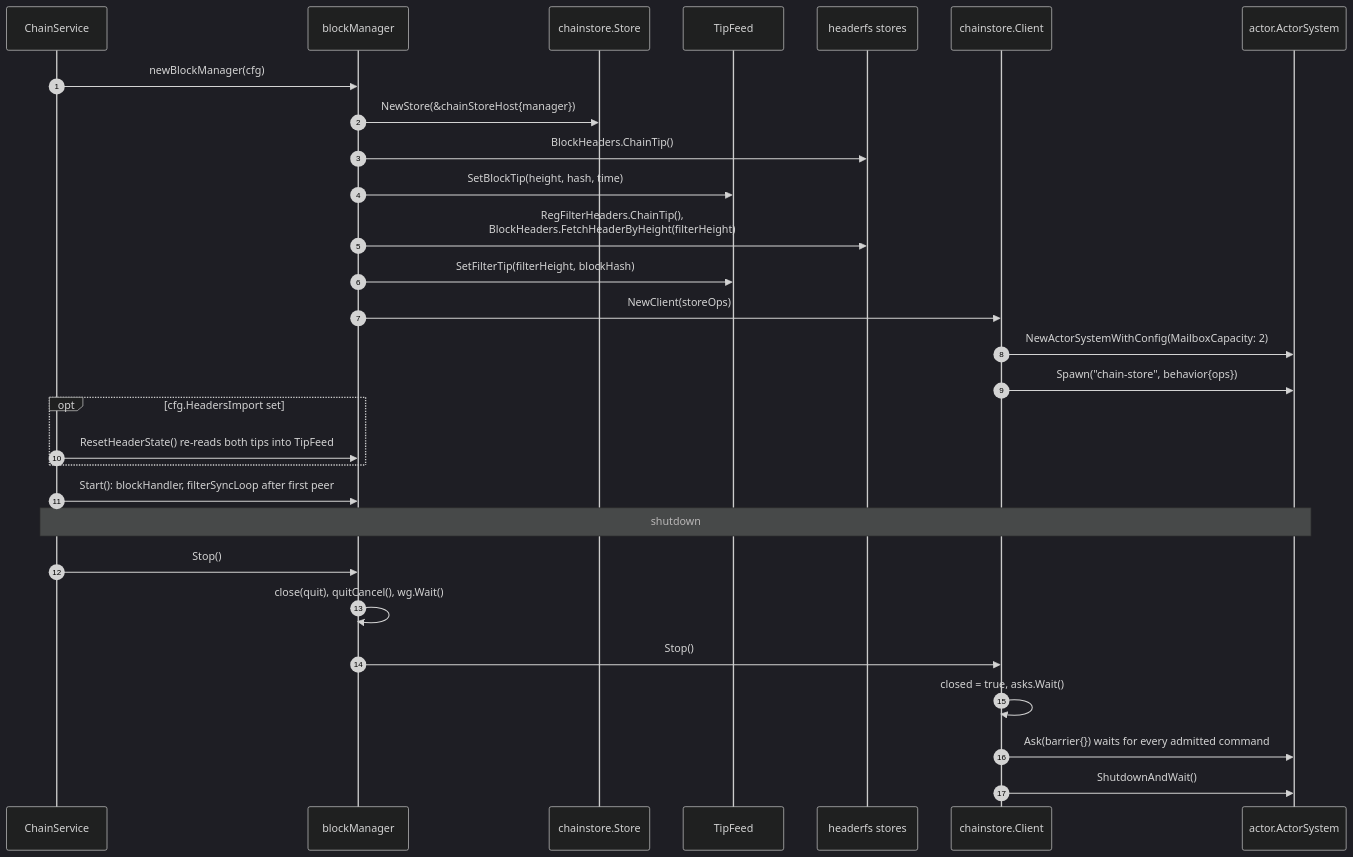
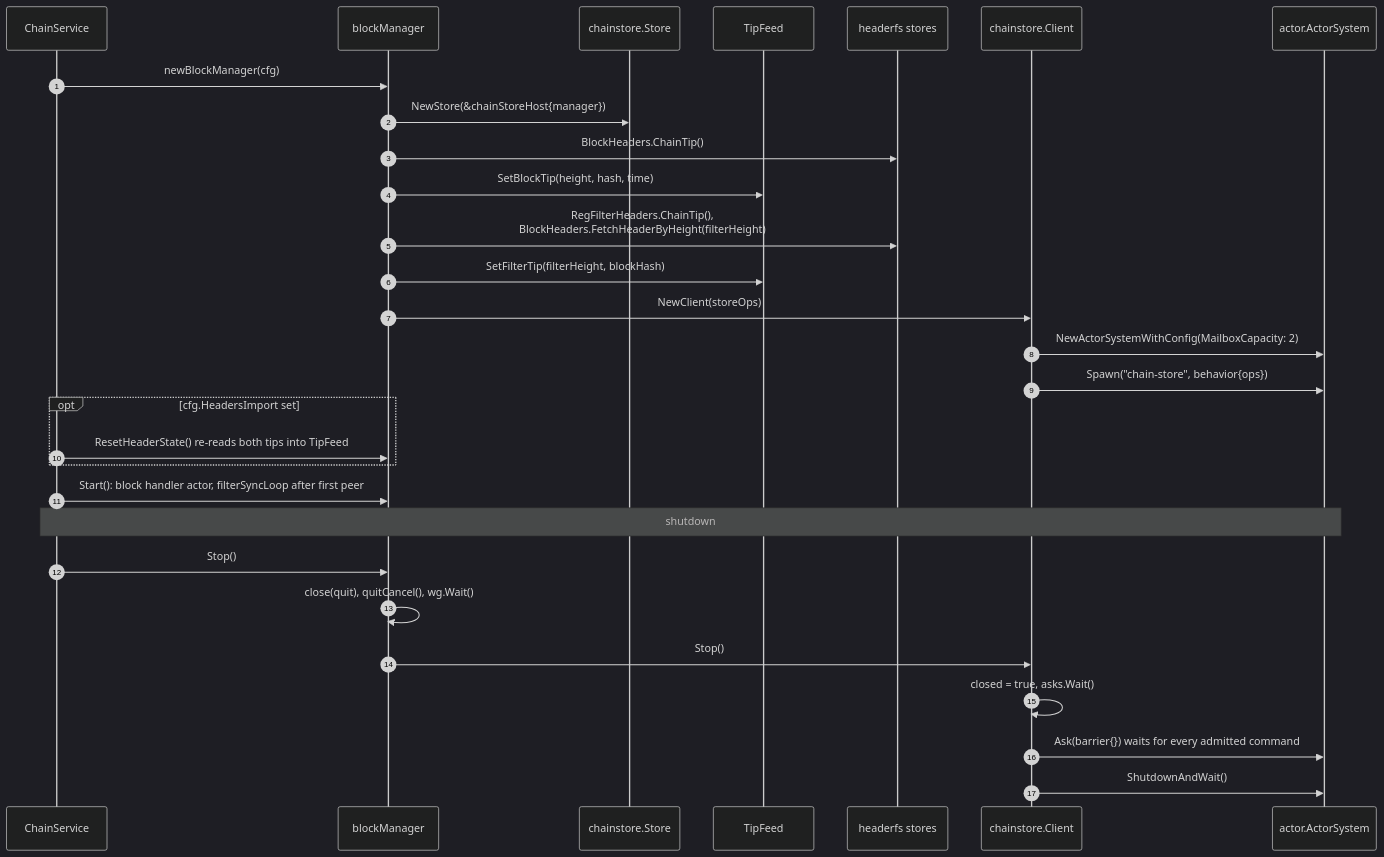
Before and after one commit to lightninglabs/neutrino: the second of 6 diagrams in docs/chainstore-architecture.md, drawn with Mermaid (dark theme). The commit also changed other lines of this file and 16 other files, not shown here.

````diff
--- a/docs/chainstore-architecture.md
+++ b/docs/chainstore-architecture.md
@@ -129,32 +128,32 @@
 ```mermaid
 sequenceDiagram
     autonumber
     participant CS as ChainService
     participant BM as blockManager
     participant St as chainstore.Store
     participant TF as TipFeed
     participant HS as headerfs stores
     participant Cl as chainstore.Client
     participant AS as actor.ActorSystem
 
     CS->>BM: newBlockManager(cfg)
     BM->>St: NewStore(&chainStoreHost{manager})
     BM->>HS: BlockHeaders.ChainTip()
     BM->>TF: SetBlockTip(height, hash, time)
     BM->>HS: RegFilterHeaders.ChainTip(),<br/>BlockHeaders.FetchHeaderByHeight(filterHeight)
     BM->>TF: SetFilterTip(filterHeight, blockHash)
     BM->>Cl: NewClient(storeOps)
     Cl->>AS: NewActorSystemWithConfig(MailboxCapacity: 2)
     Cl->>AS: Spawn("chain-store", behavior{ops})
     opt cfg.HeadersImport set
         CS->>BM: ResetHeaderState() re-reads both tips into TipFeed
     end
-    CS->>BM: Start(): blockHandler, filterSyncLoop after first peer
+    CS->>BM: Start(): block handler actor, filterSyncLoop after first peer
     Note over CS,AS: shutdown
     CS->>BM: Stop()
     BM->>BM: close(quit), quitCancel(), wg.Wait()
     BM->>Cl: Stop()
     Cl->>Cl: closed = true, asks.Wait()
     Cl->>AS: Ask(barrier{}) waits for every admitted command
     Cl->>AS: ShutdownAndWait()
 ```
````
